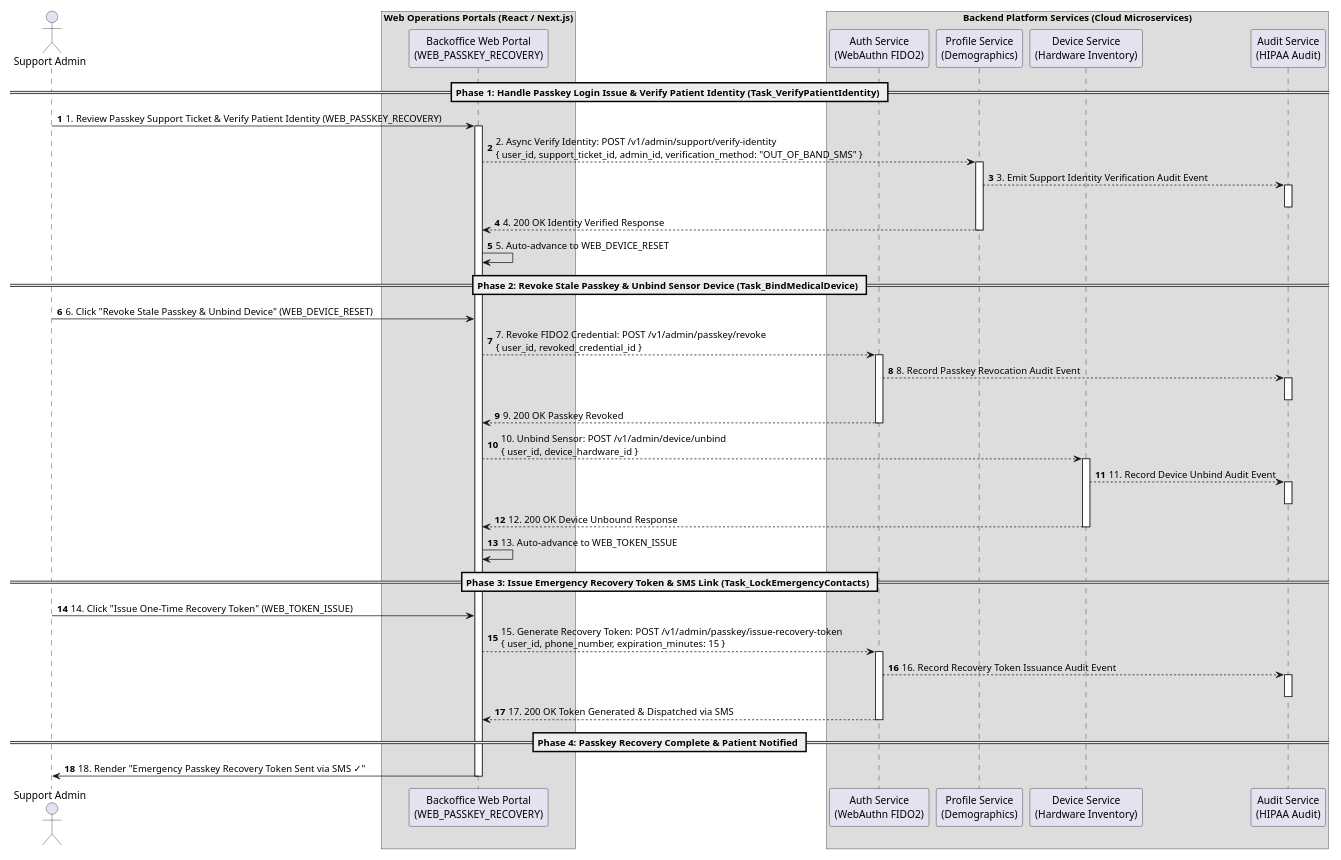
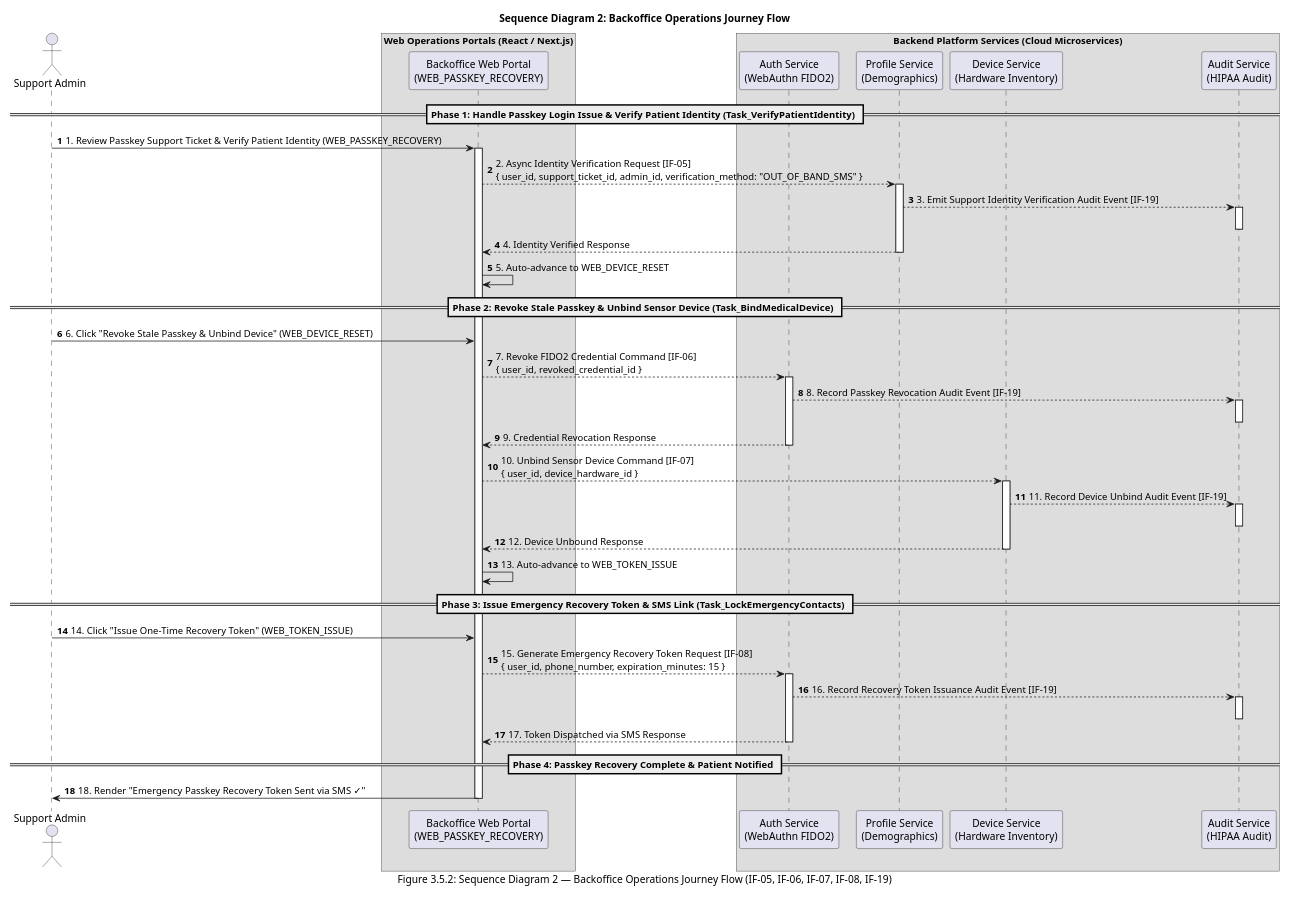
Before and after one commit to reidlai/masker-app: the seventh of 15 diagrams in _bmad-output/architecture/ARCHITECTURE-SPINE.md, drawn with PlantUML. The commit also changed other lines of this file and 5 other files, not shown here.

First line of the commit message:
feat(arch): update enterprise architecture spine v18.0.0 and prd v2.1.0

````diff
--- a/_bmad-output/architecture/ARCHITECTURE-SPINE.md
+++ b/_bmad-output/architecture/ARCHITECTURE-SPINE.md
@@ -747,64 +814,66 @@
 ```plantuml
 @startuml Backoffice_Operations_Journey_Sequence_Diagram
+title Sequence Diagram 2: Backoffice Operations Journey Flow
+caption Figure 3.5.2: Sequence Diagram 2 — Backoffice Operations Journey Flow (IF-05, IF-06, IF-07, IF-08, IF-19)
 autonumber
 scale 0.7
 
 actor "Support Admin" as Admin
 box "Web Operations Portals (React / Next.js)"
 participant "Backoffice Web Portal\n(WEB_PASSKEY_RECOVERY)" as AdminUI
 end box
 
 box "Backend Platform Services (Cloud Microservices)"
 participant "Auth Service\n(WebAuthn FIDO2)" as AuthSvc
 participant "Profile Service\n(Demographics)" as ProfileSvc
 participant "Device Service\n(Hardware Inventory)" as DeviceSvc
 participant "Audit Service\n(HIPAA Audit)" as AuditSvc
 end box
 
 == Phase 1: Handle Passkey Login Issue & Verify Patient Identity (Task_VerifyPatientIdentity) ==
 Admin -> AdminUI: 1. Review Passkey Support Ticket & Verify Patient Identity (WEB_PASSKEY_RECOVERY)
 activate AdminUI
-AdminUI --> ProfileSvc: 2. Async Verify Identity: POST /v1/admin/support/verify-identity\n{ user_id, support_ticket_id, admin_id, verification_method: "OUT_OF_BAND_SMS" }
+AdminUI --> ProfileSvc: 2. Async Identity Verification Request [IF-05]\n{ user_id, support_ticket_id, admin_id, verification_method: "OUT_OF_BAND_SMS" }
 activate ProfileSvc
-ProfileSvc --> AuditSvc: 3. Emit Support Identity Verification Audit Event
+ProfileSvc --> AuditSvc: 3. Emit Support Identity Verification Audit Event [IF-19]
 activate AuditSvc
 deactivate AuditSvc
-ProfileSvc --> AdminUI: 4. 200 OK Identity Verified Response
+ProfileSvc --> AdminUI: 4. Identity Verified Response
 deactivate ProfileSvc
 AdminUI -> AdminUI: 5. Auto-advance to WEB_DEVICE_RESET
 
 == Phase 2: Revoke Stale Passkey & Unbind Sensor Device (Task_BindMedicalDevice) ==
 Admin -> AdminUI: 6. Click "Revoke Stale Passkey & Unbind Device" (WEB_DEVICE_RESET)
-AdminUI --> AuthSvc: 7. Revoke FIDO2 Credential: POST /v1/admin/passkey/revoke\n{ user_id, revoked_credential_id }
+AdminUI --> AuthSvc: 7. Revoke FIDO2 Credential Command [IF-06]\n{ user_id, revoked_credential_id }
 activate AuthSvc
-AuthSvc --> AuditSvc: 8. Record Passkey Revocation Audit Event
+AuthSvc --> AuditSvc: 8. Record Passkey Revocation Audit Event [IF-19]
 activate AuditSvc
 deactivate AuditSvc
-AuthSvc --> AdminUI: 9. 200 OK Passkey Revoked
+AuthSvc --> AdminUI: 9. Credential Revocation Response
 deactivate AuthSvc
 
-AdminUI --> DeviceSvc: 10. Unbind Sensor: POST /v1/admin/device/unbind\n{ user_id, device_hardware_id }
+AdminUI --> DeviceSvc: 10. Unbind Sensor Device Command [IF-07]\n{ user_id, device_hardware_id }
 activate DeviceSvc
-DeviceSvc --> AuditSvc: 11. Record Device Unbind Audit Event
+DeviceSvc --> AuditSvc: 11. Record Device Unbind Audit Event [IF-19]
 activate AuditSvc
 deactivate AuditSvc
-DeviceSvc --> AdminUI: 12. 200 OK Device Unbound Response
+DeviceSvc --> AdminUI: 12. Device Unbound Response
 deactivate DeviceSvc
 AdminUI -> AdminUI: 13. Auto-advance to WEB_TOKEN_ISSUE
 
 == Phase 3: Issue Emergency Recovery Token & SMS Link (Task_LockEmergencyContacts) ==
 Admin -> AdminUI: 14. Click "Issue One-Time Recovery Token" (WEB_TOKEN_ISSUE)
-AdminUI --> AuthSvc: 15. Generate Recovery Token: POST /v1/admin/passkey/issue-recovery-token\n{ user_id, phone_number, expiration_minutes: 15 }
+AdminUI --> AuthSvc: 15. Generate Emergency Recovery Token Request [IF-08]\n{ user_id, phone_number, expiration_minutes: 15 }
 activate AuthSvc
-AuthSvc --> AuditSvc: 16. Record Recovery Token Issuance Audit Event
+AuthSvc --> AuditSvc: 16. Record Recovery Token Issuance Audit Event [IF-19]
 activate AuditSvc
 deactivate AuditSvc
-AuthSvc --> AdminUI: 17. 200 OK Token Generated & Dispatched via SMS
+AuthSvc --> AdminUI: 17. Token Dispatched via SMS Response
 deactivate AuthSvc
 
 == Phase 4: Passkey Recovery Complete & Patient Notified ==
 AdminUI -> Admin: 18. Render "Emergency Passkey Recovery Token Sent via SMS ✓"
 deactivate AdminUI
 
 @enduml
 ```
````
